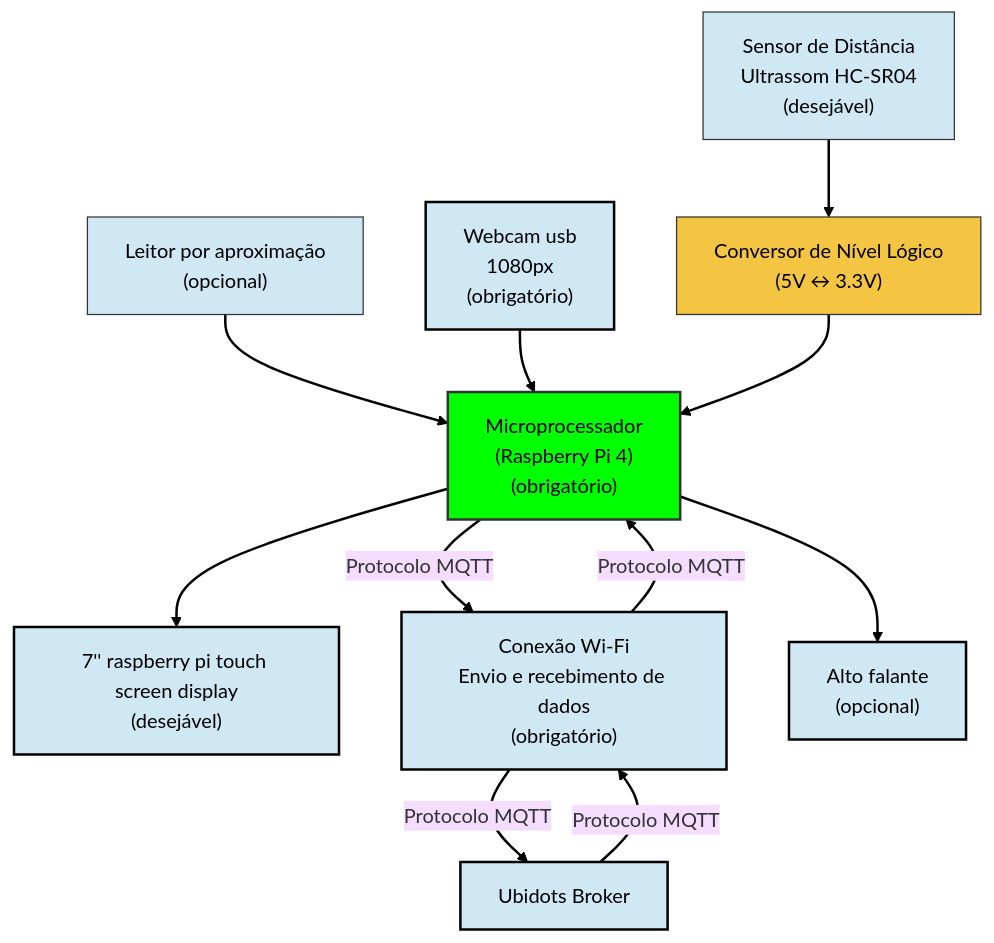
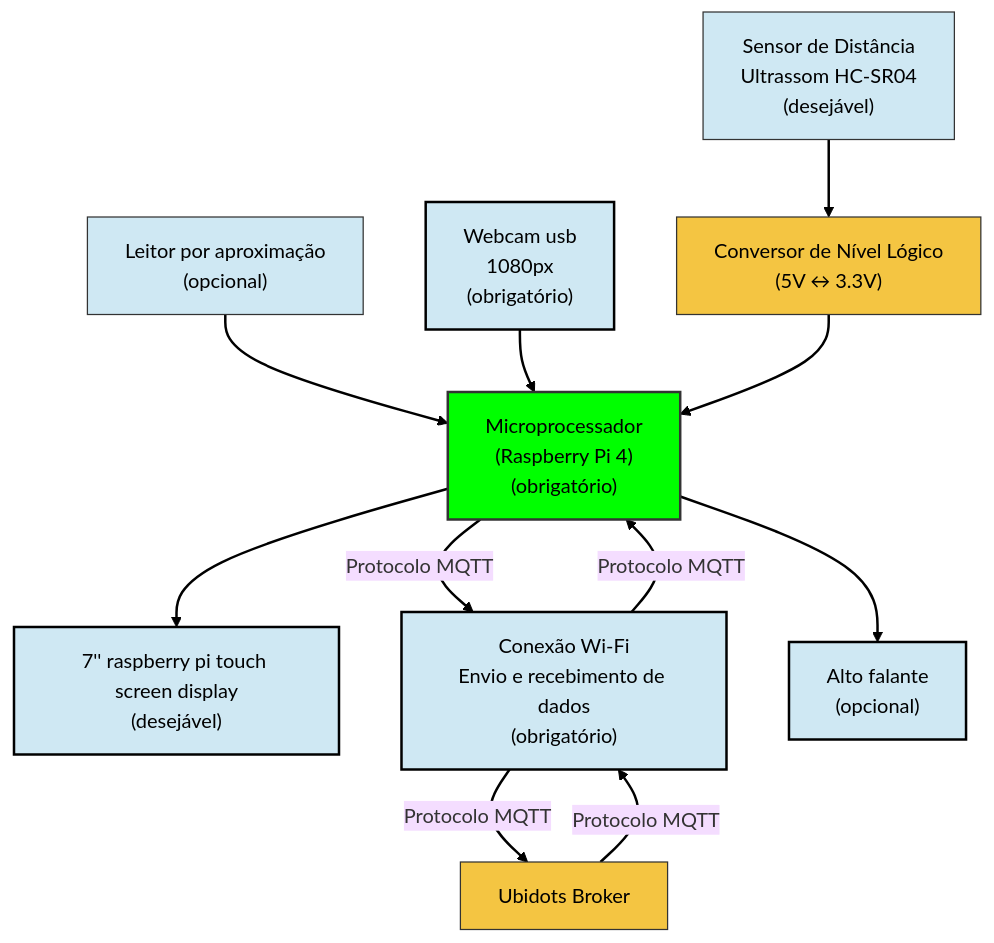
One commit to Ilan-Ha/EEN251_Projeto_T2_T3 changed the diagram in README.md. Above: the diagram before and after it, drawn with Mermaid (base theme).

````diff
--- a/README.md
+++ b/README.md
@@ -51,36 +51,36 @@
 ```mermaid
 flowchart TD
     MCU["Microprocessador<br/>(Raspberry Pi 4)<br/>(obrigatório)"]
     TOUC["7'' raspberry pi touch screen display<br/>(desejável)"]
     LEVEL1["Conversor de Nível Lógico<br/>(5V ↔ 3.3V)"]
     US["Sensor de Distância<br/>Ultrassom HC-SR04<br/>(desejável)"]
     CAM["Webcam usb<br/>1080px<br/>(obrigatório)"]
     MQTT["Conexão Wi-Fi<br/>Envio e recebimento de dados<br/>(obrigatório)"]
     DOT["Ubidots Broker"]
     SOM["Alto falante<br/>(opcional)"]
     LET["Leitor por aproximação<br/>(opcional)"]
 
     LET --> MCU
     MCU --> SOM
     MCU --> TOUC
     CAM --> MCU
     US --> LEVEL1
     LEVEL1 --> MCU
     MCU --Protocolo MQTT--> MQTT
     MQTT --Protocolo MQTT--> MCU
     MQTT --Protocolo MQTT--> DOT
     DOT --Protocolo MQTT--> MQTT
 
     %% Optional styling
     classDef sensor fill:#cfe8f3,stroke:#333,stroke-width:1px;
     classDef converter fill:#f4c542,stroke:#333,stroke-width:1px;
     classDef controller fill:#00ff00,stroke:#333,stroke-width:2px;
 
     class MCU controller;
     class US,LET sensor;
-    class LEVEL1 converter;
+    class LEVEL1,DOT converter;
     classDef default fill:#cfe8f3,color:#000,stroke:#000,stroke-width:2px;
 
     linkStyle default stroke:#000,stroke-width:2px;
 
 ```
````
